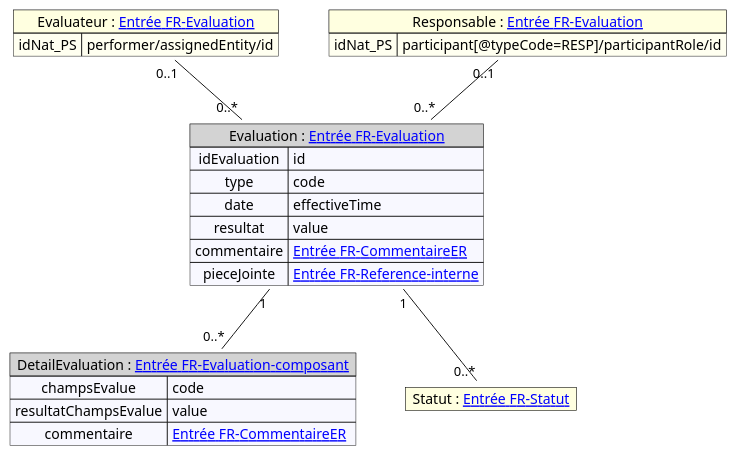
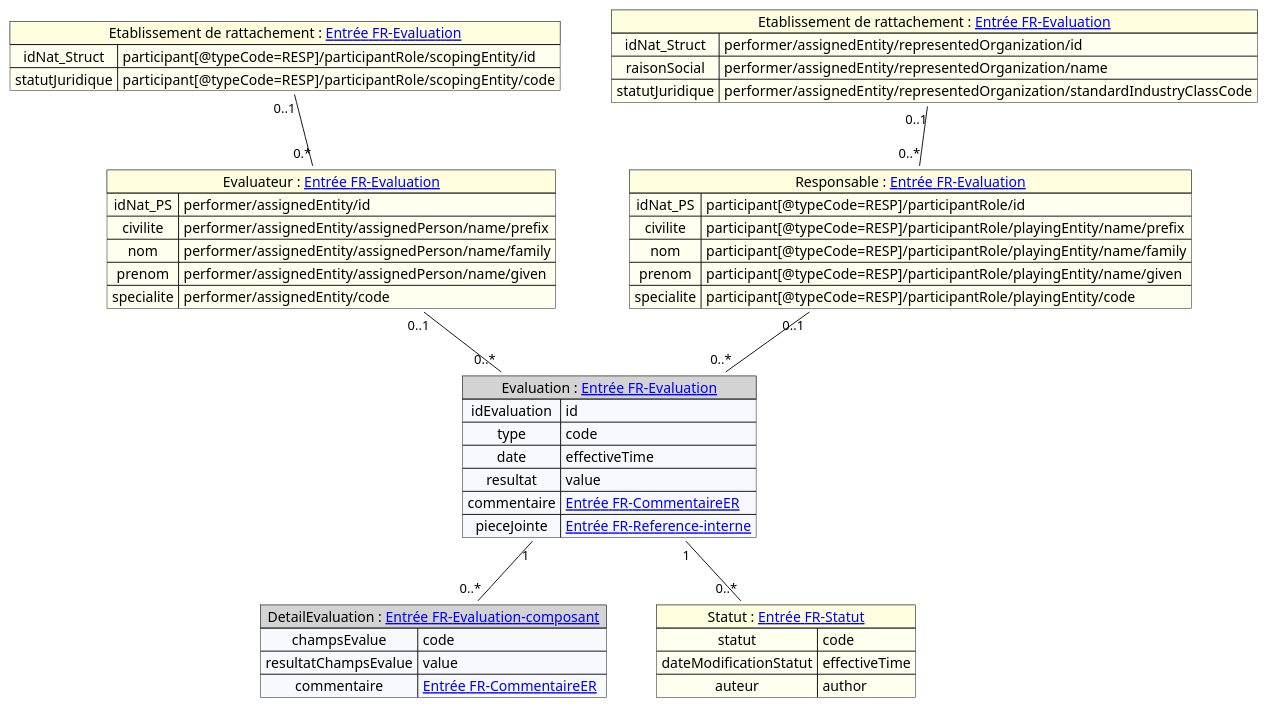
The diagram in input/images-source/mapping_evaluation.plantuml (ansforge/IG-fhir-transfert-donnees-dui-esms), drawn with PlantUML before and after one commit. The commit also changed 7 other files, not shown here.

```diff
--- a/input/images-source/mapping_evaluation.plantuml
+++ b/input/images-source/mapping_evaluation.plantuml
@@ -1,38 +1,63 @@
 @startuml
 
 
 map "Evaluation : [[contenu_dossier_corps_cda.html Entrée FR-Evaluation]]" as Evaluation #back:GhostWhite;header:LightGray{
     idEvaluation => id
     type => code
     date => effectiveTime
     resultat => value
     commentaire => [[contenu_dossier_corps_cda.html Entrée FR-CommentaireER]]
     pieceJointe => [[contenu_dossier_corps_cda.html Entrée FR-Reference-interne]]
 }
 
 
 map "DetailEvaluation : [[contenu_dossier_corps_cda.html Entrée FR-Evaluation-composant]]" as DetailEvaluation #back:GhostWhite;header:LightGray{
     champsEvalue => code
     resultatChampsEvalue => value
     commentaire => [[contenu_dossier_corps_cda.html Entrée FR-CommentaireER]]
 }
 
 map "Evaluateur : [[contenu_dossier_corps_cda.html Entrée FR-Evaluation]]" as Evaluateur#back:Ivory;header:LightYellow {
     idNat_PS => performer/assignedEntity/id
+    civilite => performer/assignedEntity/assignedPerson/name/prefix
+    nom => performer/assignedEntity/assignedPerson/name/family
+    prenom => performer/assignedEntity/assignedPerson/name/given
+    specialite => performer/assignedEntity/code
+}
+
+map "Etablissement de rattachement : [[contenu_dossier_corps_cda.html Entrée FR-Evaluation]]" as etablissementDeRattachementResp #back:Ivory;header:LightYellow {
+    idNat_Struct => performer/assignedEntity/representedOrganization/id
+    raisonSocial => performer/assignedEntity/representedOrganization/name
+    statutJuridique =>  performer/assignedEntity/representedOrganization/standardIndustryClassCode
 }
 
 map "Responsable : [[contenu_dossier_corps_cda.html Entrée FR-Evaluation]]" as Responsable#back:Ivory;header:LightYellow {
     idNat_PS => participant[@typeCode=RESP]/participantRole/id
+    civilite => participant[@typeCode=RESP]/participantRole/playingEntity/name/prefix
+    nom => participant[@typeCode=RESP]/participantRole/playingEntity/name/family
+    prenom => participant[@typeCode=RESP]/participantRole/playingEntity/name/given
+    specialite => participant[@typeCode=RESP]/participantRole/playingEntity/code
 }
 
-map "Statut : [[contenu_dossier_corps_cda.html Entrée FR-Statut]]" as Statut #back:Ivory;header:LightYellow {
+map "Etablissement de rattachement : [[contenu_dossier_corps_cda.html Entrée FR-Evaluation]]" as etablissementDeRattachementEval #back:Ivory;header:LightYellow {
+    idNat_Struct => participant[@typeCode=RESP]/participantRole/scopingEntity/id
+    statutJuridique => participant[@typeCode=RESP]/participantRole/scopingEntity/code
+}
+
+map "Statut : [[contenu_dossier_corps_cda.html Entrée FR-Statut]]" as Statut #back:Ivory;header:LightYellow{
+    statut => code
+    dateModificationStatut => effectiveTime
+    auteur => author
    
 }
 
 'Liens entre éléments
 Evaluateur "0..1" -- "0..*" Evaluation
 Responsable "0..1" -- "0..*" Evaluation
 Evaluation "1" -- "0..*" DetailEvaluation
 Evaluation "1" -- "0..*" Statut
+etablissementDeRattachementResp "0..1" -- "0..*" Responsable
+etablissementDeRattachementEval "0..1" -- "0.*" Evaluateur
+
 
 @enduml
```
